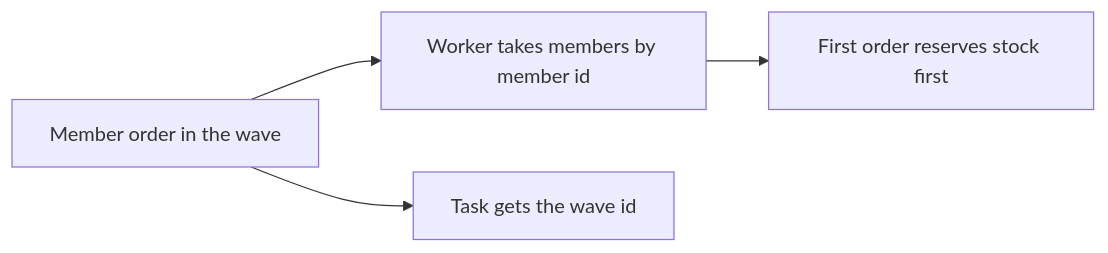
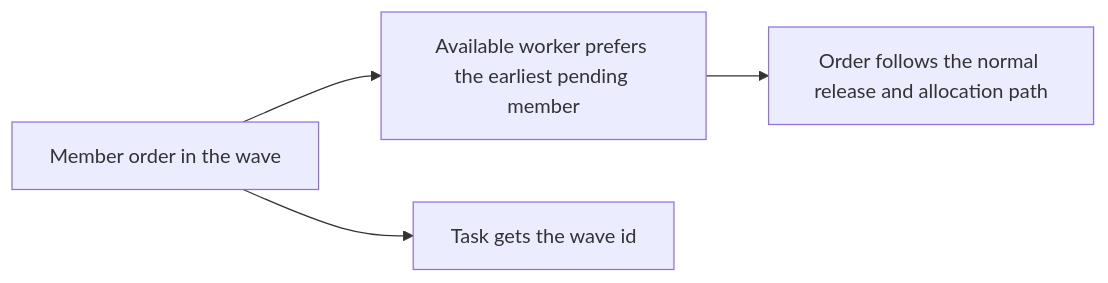
One commit to msmurygin/quark-docs changed the third of 3 diagrams in docs-obsidian/user-guide/diagrams/allocation/25-influence-wave-policy.md. Above: the diagram before and after it, drawn with Mermaid. The commit also changed other lines of this file and 10 other files, not shown here.

````diff
--- a/docs-obsidian/user-guide/diagrams/allocation/25-influence-wave-policy.md
+++ b/docs-obsidian/user-guide/diagrams/allocation/25-influence-wave-policy.md
@@ -87,6 +93,6 @@
 ```mermaid
 flowchart LR
-    M["Member order in the wave"] --> O["Worker takes members by member id"]
-    O --> R["First order reserves stock first"]
+    M["Member order in the wave"] --> O["Available worker prefers the earliest pending member"]
+    O --> R["Order follows the normal release and allocation path"]
     M --> TW["Task gets the wave id"]
 ```
````
